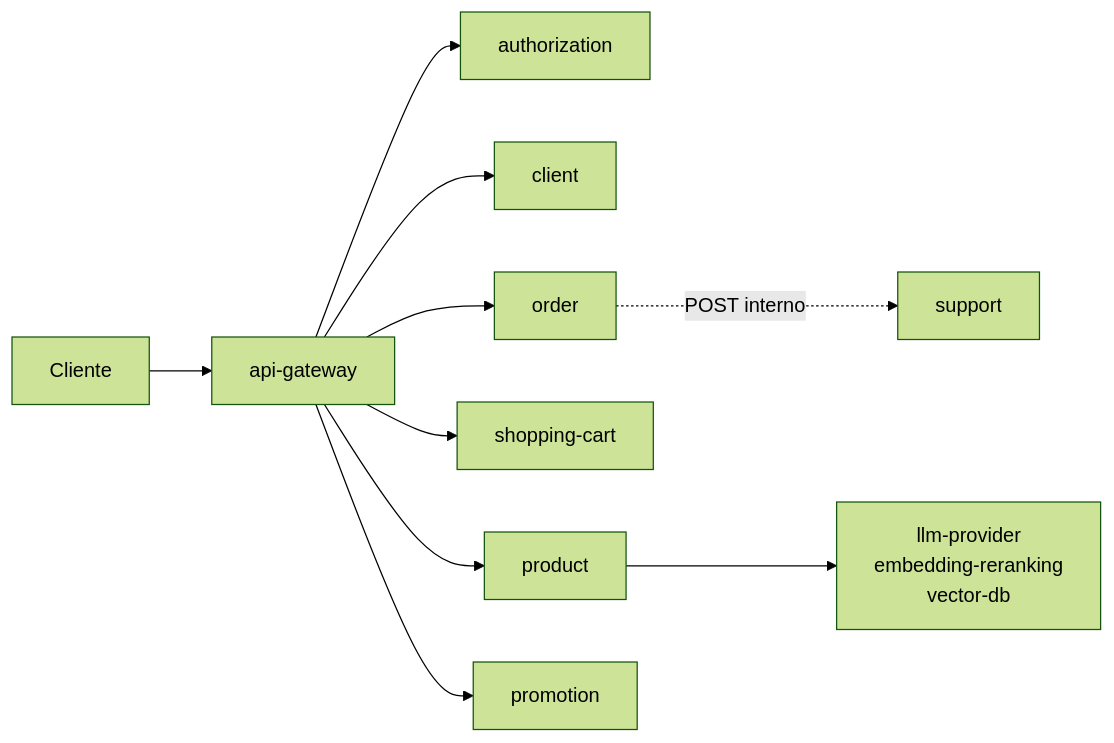
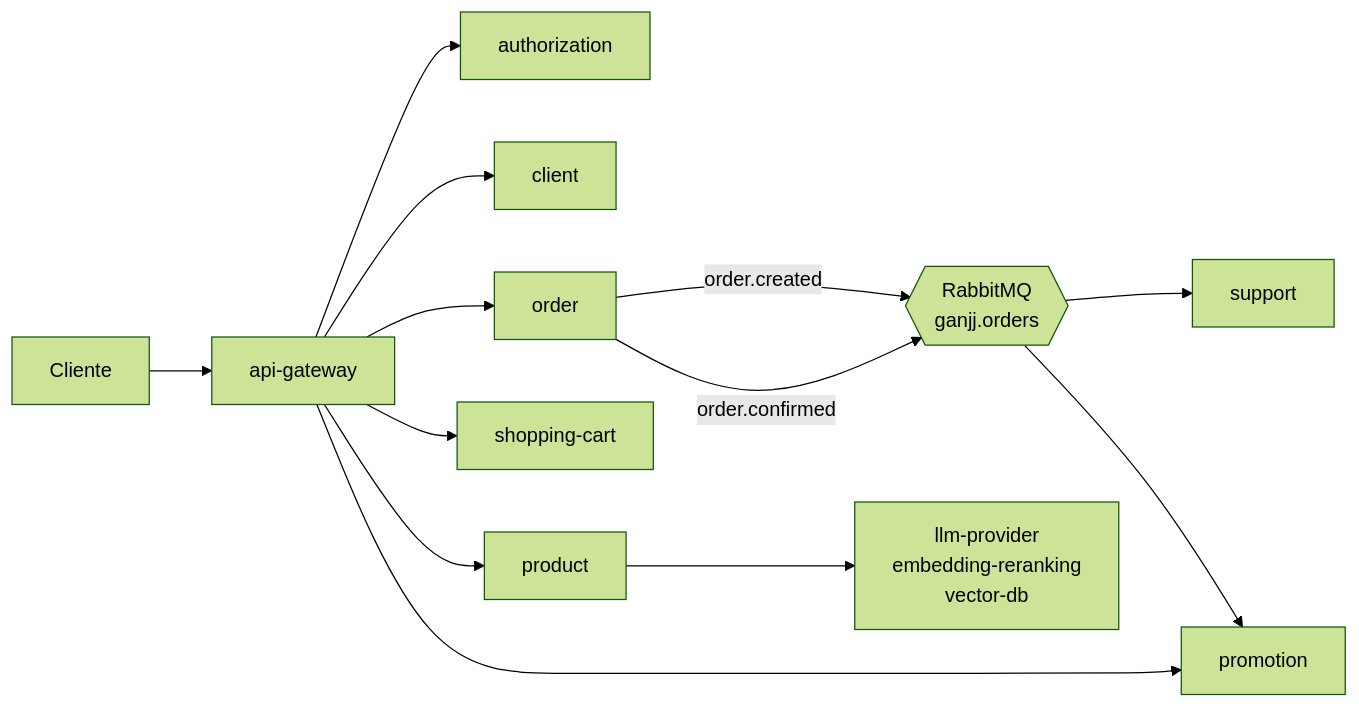
The diagram in profile/README.md (Back-End-Cloud-Computing/.github), drawn with Mermaid (forest theme) before and after one commit. The commit also changed other lines of this file, not shown here.

First line of the commit message:
docs(profile): align the org README with RabbitMQ and EKS

````diff
--- a/profile/README.md
+++ b/profile/README.md
@@ -7,12 +7,15 @@
 ```mermaid
 flowchart LR
     C[Cliente] --> G[api-gateway]
     G --> A[authorization]
     G --> CL[client]
     G --> O[order]
     G --> CA[shopping-cart]
     G --> P[product]
     G --> PR[promotion]
-    O -. POST interno .-> S[support]
+    O -- order.created --> R{{RabbitMQ<br/>ganjj.orders}}
+    O -- order.confirmed --> R
+    R --> S[support]
+    R --> PR
     P --> AI[llm-provider<br/>embedding-reranking<br/>vector-db]
 ```
````
